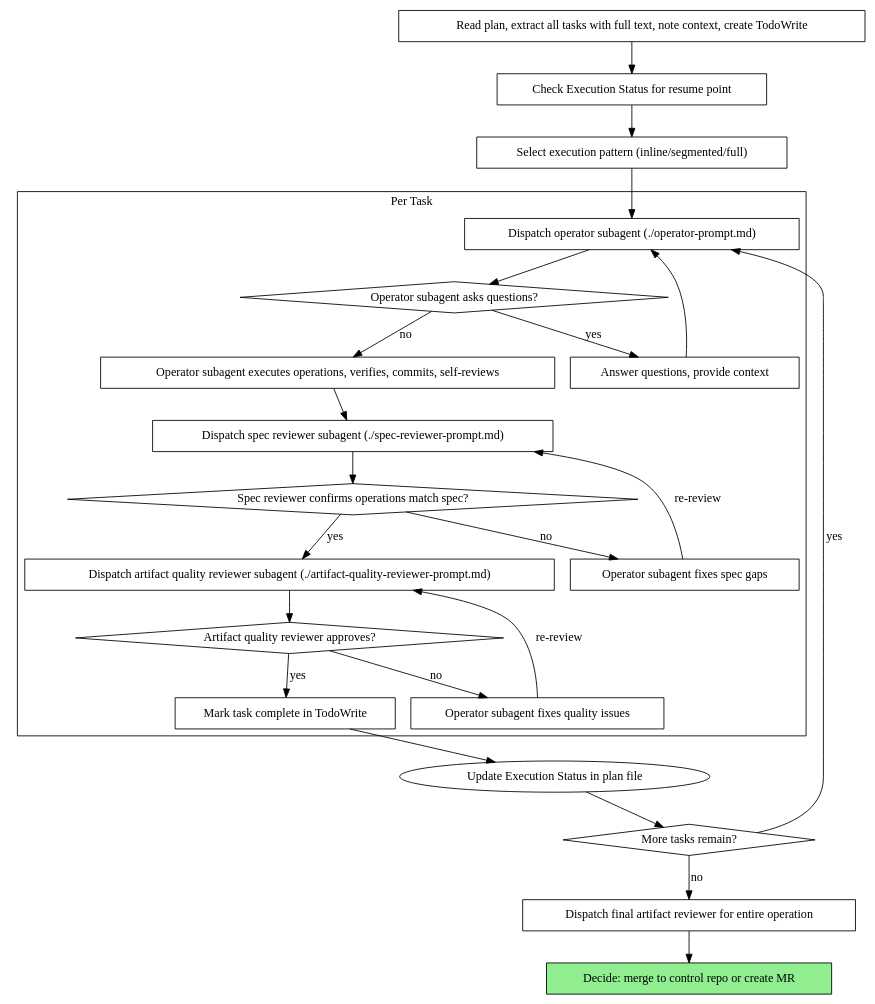
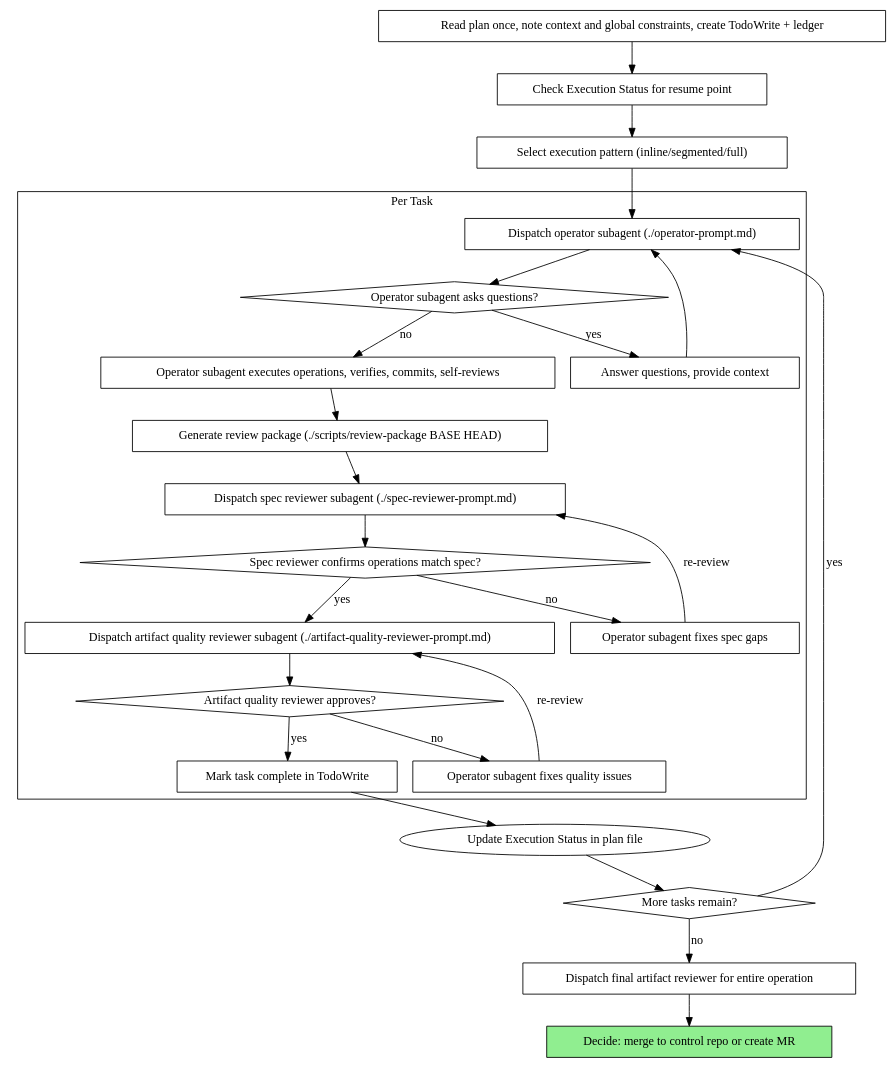
One commit to yg-codes/srepowers changed the second of 2 diagrams in plugins/srepowers-core/skills/subagent-driven-operation/SKILL.md. Above: the diagram before and after it, drawn with Graphviz. The commit also changed other lines of this file, not shown here.

Commit message:
feat(subagent-driven-operation): file handoffs, durable ledger, reviewer-prompt discipline, turn-aware models

````diff
--- a/plugins/srepowers-core/skills/subagent-driven-operation/SKILL.md
+++ b/plugins/srepowers-core/skills/subagent-driven-operation/SKILL.md
@@ -96,49 +109,51 @@
 ```dot
 digraph process {
     rankdir=TB;
 
     subgraph cluster_per_task {
         label="Per Task";
         "Dispatch operator subagent (./operator-prompt.md)" [shape=box];
         "Operator subagent asks questions?" [shape=diamond];
         "Answer questions, provide context" [shape=box];
         "Operator subagent executes operations, verifies, commits, self-reviews" [shape=box];
+        "Generate review package (./scripts/review-package BASE HEAD)" [shape=box];
         "Dispatch spec reviewer subagent (./spec-reviewer-prompt.md)" [shape=box];
         "Spec reviewer confirms operations match spec?" [shape=diamond];
         "Operator subagent fixes spec gaps" [shape=box];
         "Dispatch artifact quality reviewer subagent (./artifact-quality-reviewer-prompt.md)" [shape=box];
         "Artifact quality reviewer approves?" [shape=diamond];
         "Operator subagent fixes quality issues" [shape=box];
         "Mark task complete in TodoWrite" [shape=box];
     }
 
-    "Read plan, extract all tasks with full text, note context, create TodoWrite" [shape=box];
+    "Read plan once, note context and global constraints, create TodoWrite + ledger" [shape=box];
     "Check Execution Status for resume point" [shape=box];
     "Select execution pattern (inline/segmented/full)" [shape=box];
     "More tasks remain?" [shape=diamond];
     "Dispatch final artifact reviewer for entire operation" [shape=box];
     "Decide: merge to control repo or create MR" [shape=box style=filled fillcolor=lightgreen];
 
-    "Read plan, extract all tasks with full text, note context, create TodoWrite" -> "Check Execution Status for resume point";
+    "Read plan once, note context and global constraints, create TodoWrite + ledger" -> "Check Execution Status for resume point";
     "Check Execution Status for resume point" -> "Select execution pattern (inline/segmented/full)";
     "Select execution pattern (inline/segmented/full)" -> "Dispatch operator subagent (./operator-prompt.md)";
     "Dispatch operator subagent (./operator-prompt.md)" -> "Operator subagent asks questions?";
     "Operator subagent asks questions?" -> "Answer questions, provide context" [label="yes"];
     "Answer questions, provide context" -> "Dispatch operator subagent (./operator-prompt.md)";
     "Operator subagent asks questions?" -> "Operator subagent executes operations, verifies, commits, self-reviews" [label="no"];
-    "Operator subagent executes operations, verifies, commits, self-reviews" -> "Dispatch spec reviewer subagent (./spec-reviewer-prompt.md)";
+    "Operator subagent executes operations, verifies, commits, self-reviews" -> "Generate review package (./scripts/review-package BASE HEAD)";
+    "Generate review package (./scripts/review-package BASE HEAD)" -> "Dispatch spec reviewer subagent (./spec-reviewer-prompt.md)";
     "Dispatch spec reviewer subagent (./spec-reviewer-prompt.md)" -> "Spec reviewer confirms operations match spec?";
     "Spec reviewer confirms operations match spec?" -> "Operator subagent fixes spec gaps" [label="no"];
     "Operator subagent fixes spec gaps" -> "Dispatch spec reviewer subagent (./spec-reviewer-prompt.md)" [label="re-review"];
     "Spec reviewer confirms operations match spec?" -> "Dispatch artifact quality reviewer subagent (./artifact-quality-reviewer-prompt.md)" [label="yes"];
     "Dispatch artifact quality reviewer subagent (./artifact-quality-reviewer-prompt.md)" -> "Artifact quality reviewer approves?";
     "Artifact quality reviewer approves?" -> "Operator subagent fixes quality issues" [label="no"];
     "Operator subagent fixes quality issues" -> "Dispatch artifact quality reviewer subagent (./artifact-quality-reviewer-prompt.md)" [label="re-review"];
     "Artifact quality reviewer approves?" -> "Mark task complete in TodoWrite" [label="yes"];
     "Mark task complete in TodoWrite" -> "Update Execution Status in plan file";
     "Update Execution Status in plan file" -> "More tasks remain?";
     "More tasks remain?" -> "Dispatch operator subagent (./operator-prompt.md)" [label="yes"];
     "More tasks remain?" -> "Dispatch final artifact reviewer for entire operation" [label="no"];
     "Dispatch final artifact reviewer for entire operation" -> "Decide: merge to control repo or create MR";
 }
 ```
````
